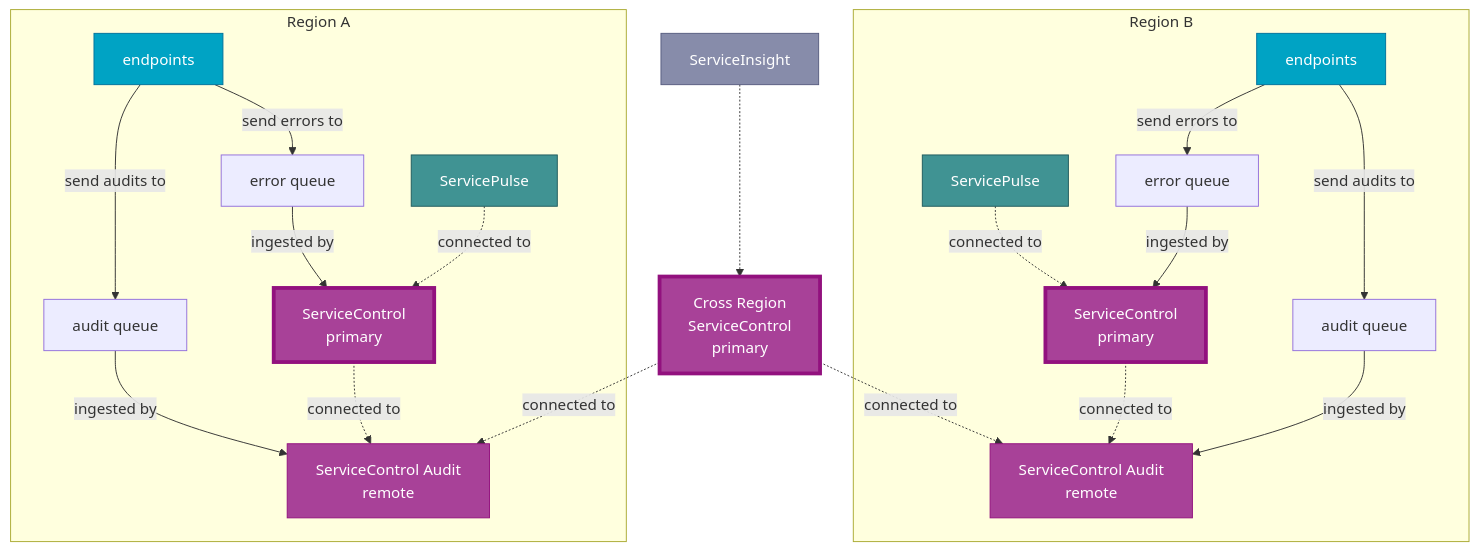
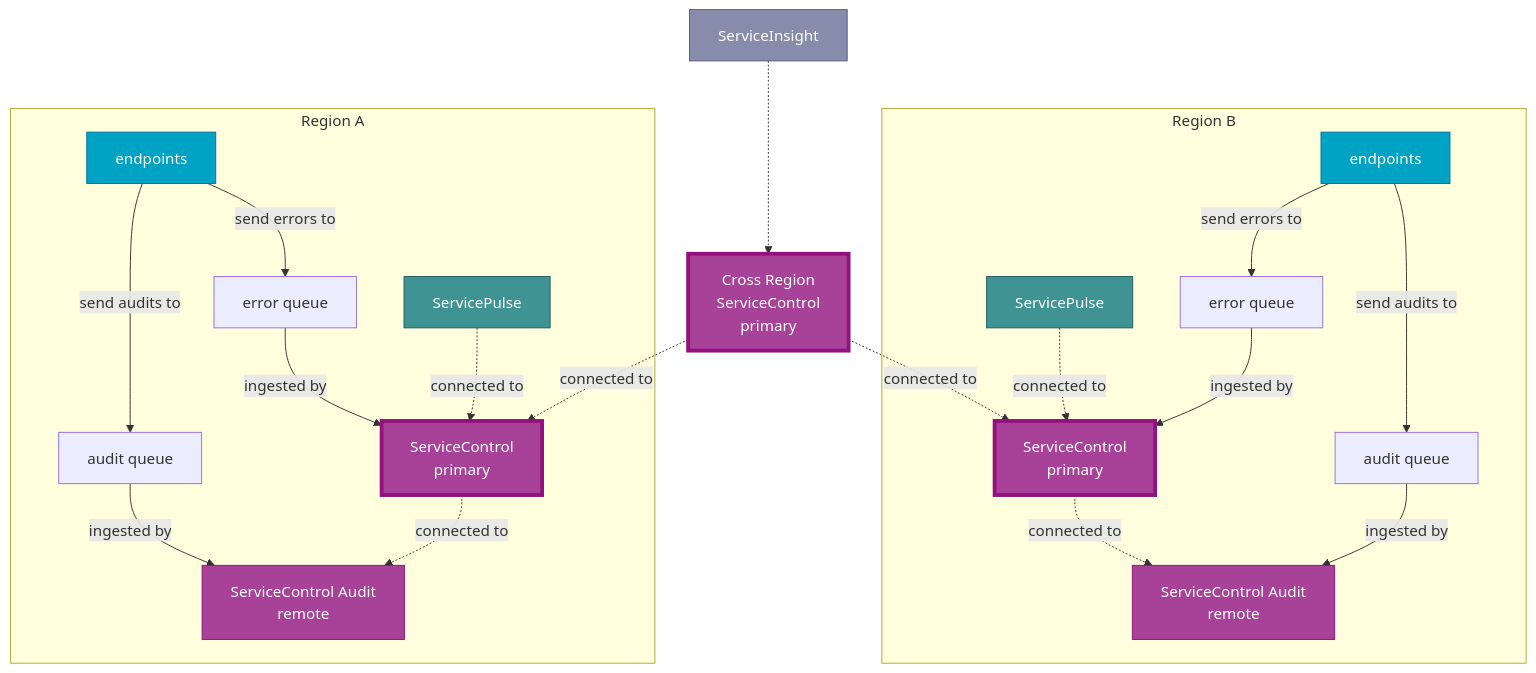
One commit to Particular/docs.particular.net changed the fourth of 4 diagrams in servicecontrol/servicecontrol-instances/remotes.md. Above: the diagram before and after it, drawn with Mermaid. The commit also changed other lines of this file, not shown here.

Commit message:
Connect cross-region to primary instances
It will need the error messages for some visualizations

````diff
--- a/servicecontrol/servicecontrol-instances/remotes.md
+++ b/servicecontrol/servicecontrol-instances/remotes.md
@@ -120,37 +120,37 @@
 ```mermaid
 graph TD
 insight[ServiceInsight] -..-> crossRegionPrimary[Cross Region<br/>ServiceControl<br/>primary]
-crossRegionPrimary -. connected to .-> auditB
+crossRegionPrimary -. connected to .-> primaryB
 
 subgraph Region B
 primaryB -. connected to .-> auditB
 servicePulseB[ServicePulse] -. connected to .-> primaryB
 endpointsB[endpoints] -- send errors to --> errorQueueB[error queue]
 endpointsB -- send audits to --> auditQueueB[audit queue]
 errorQueueB -- ingested by --> primaryB[ServiceControl<br/>primary]
 auditQueueB -- ingested by --> auditB[ServiceControl Audit<br/>remote]
 end
 
 subgraph Region A
 endpointsA[endpoints] -- send errors to --> errorQueueA[error queue]
 endpointsA -- send audits to --> auditQueueA[audit queue]
 errorQueueA -- ingested by --> primaryA[ServiceControl<br/>primary]
 auditQueueA -- ingested by --> auditA[ServiceControl Audit<br/>remote]
 primaryA -. connected to .-> auditA
 servicePulseA[ServicePulse] -. connected to .-> primaryA
 end
 
-crossRegionPrimary -. connected to .-> auditA
+crossRegionPrimary -. connected to .-> primaryA
 
 classDef Endpoints fill:#00A3C4,stroke:#00729C,color:#FFFFFF
 classDef ServiceInsight fill:#878CAA,stroke:#585D80,color:#FFFFFF
 classDef ServicePulse fill:#409393,stroke:#205B5D,color:#FFFFFF
 classDef ServiceControlPrimary fill:#A84198,stroke:#92117E,color:#FFFFFF,stroke-width:4px
 classDef ServiceControlRemote fill:#A84198,stroke:#92117E,color:#FFFFFF
 
 class endpointsA,endpointsB Endpoints
 class insight ServiceInsight
 class servicePulseA,servicePulseB ServicePulse
 class primaryA,primaryB,crossRegionPrimary ServiceControlPrimary
 class auditA,auditB ServiceControlRemote
 ```
````
